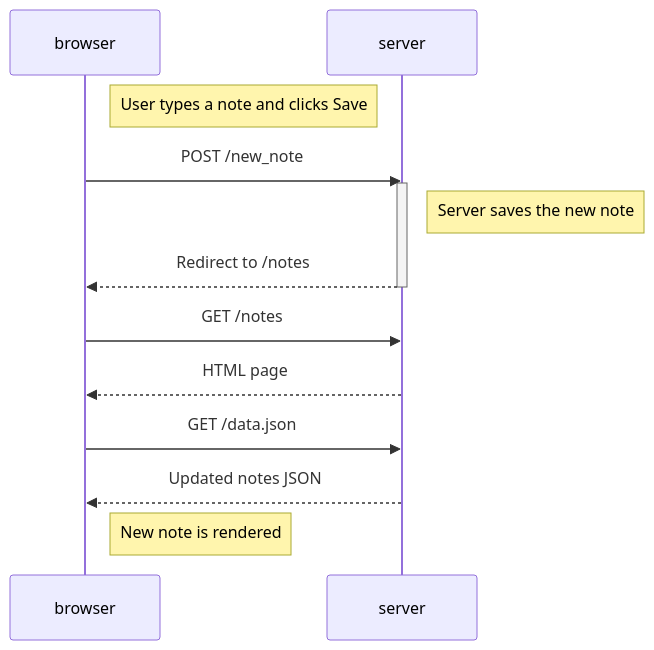
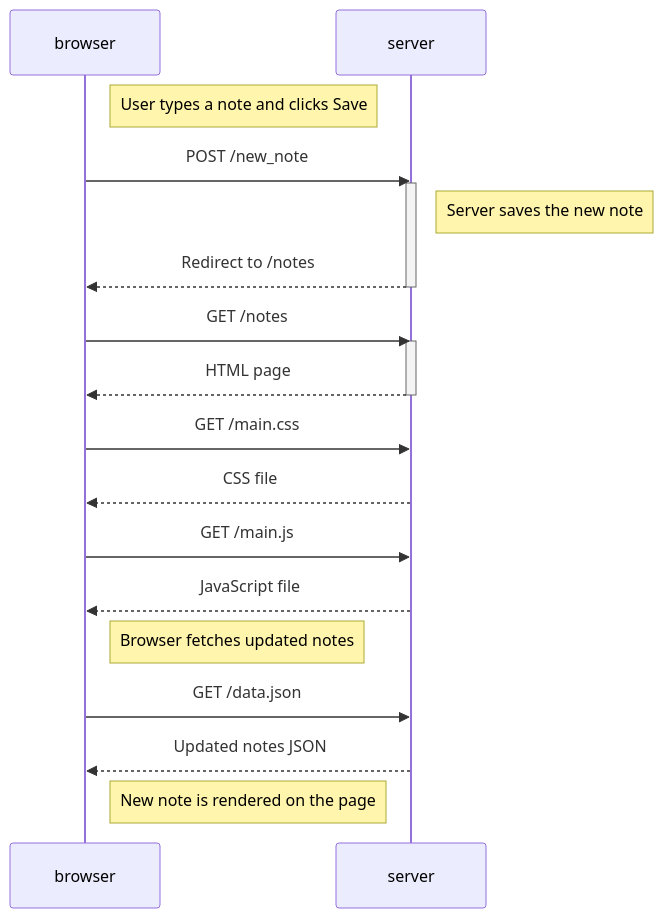
The diagram in README.md (Bethel48/fullstackopen-part0), drawn with Mermaid before and after one commit.

````diff
--- a/README.md
+++ b/README.md
@@ -3,21 +1,31 @@
 ```mermaid
 sequenceDiagram
     participant browser
     participant server
 
     Note right of browser: User types a note and clicks Save
 
     browser->>server: POST /new_note
     activate server
     Note right of server: Server saves the new note
     server-->>browser: Redirect to /notes
     deactivate server
 
     browser->>server: GET /notes
+    activate server
     server-->>browser: HTML page
+    deactivate server
+
+    browser->>server: GET /main.css
+    server-->>browser: CSS file
+
+    browser->>server: GET /main.js
+    server-->>browser: JavaScript file
+
+    Note right of browser: Browser fetches updated notes
 
     browser->>server: GET /data.json
     server-->>browser: Updated notes JSON
 
-    Note right of browser: New note is rendered
+    Note right of browser: New note is rendered on the page
 ```
````
